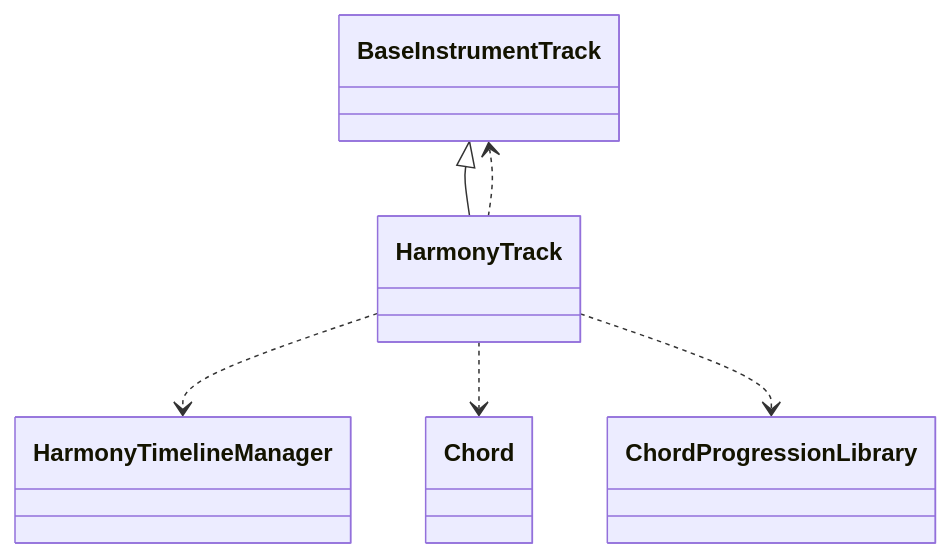
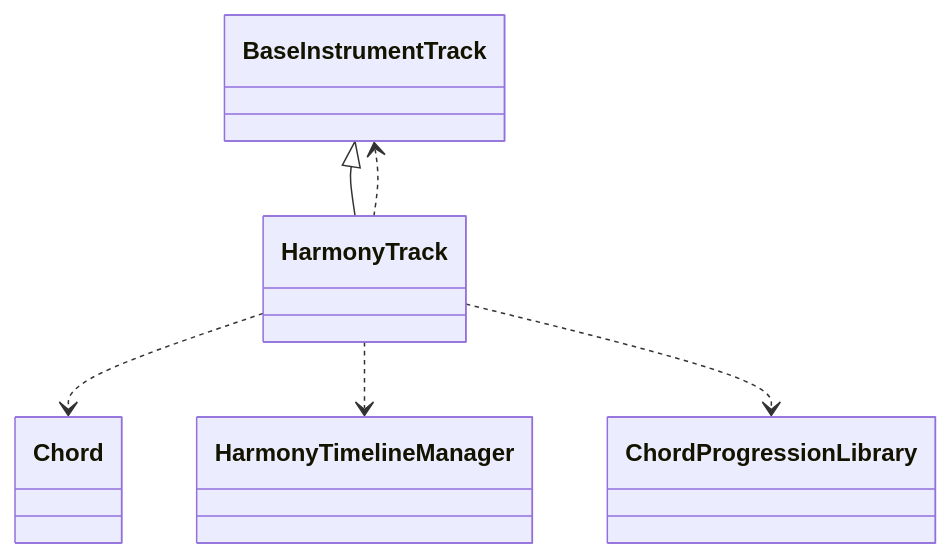
One commit to schnock-art/project_inspector changed the fourth of 39 diagrams in test/test.md. Above: the diagram before and after it, drawn with Mermaid. The commit also changed other lines of this file and 1 other file, not shown here.

Commit message:
Removed empty mermaid

````diff
--- a/test/test.md
+++ b/test/test.md
@@ -186,8 +186,8 @@
 ```mermaid
 classDiagram
 BaseInstrumentTrack <|-- HarmonyTrack
-HarmonyTrack ..> HarmonyTimelineManager
 HarmonyTrack ..> BaseInstrumentTrack
 HarmonyTrack ..> Chord
+HarmonyTrack ..> HarmonyTimelineManager
 HarmonyTrack ..> ChordProgressionLibrary
 ```
````
